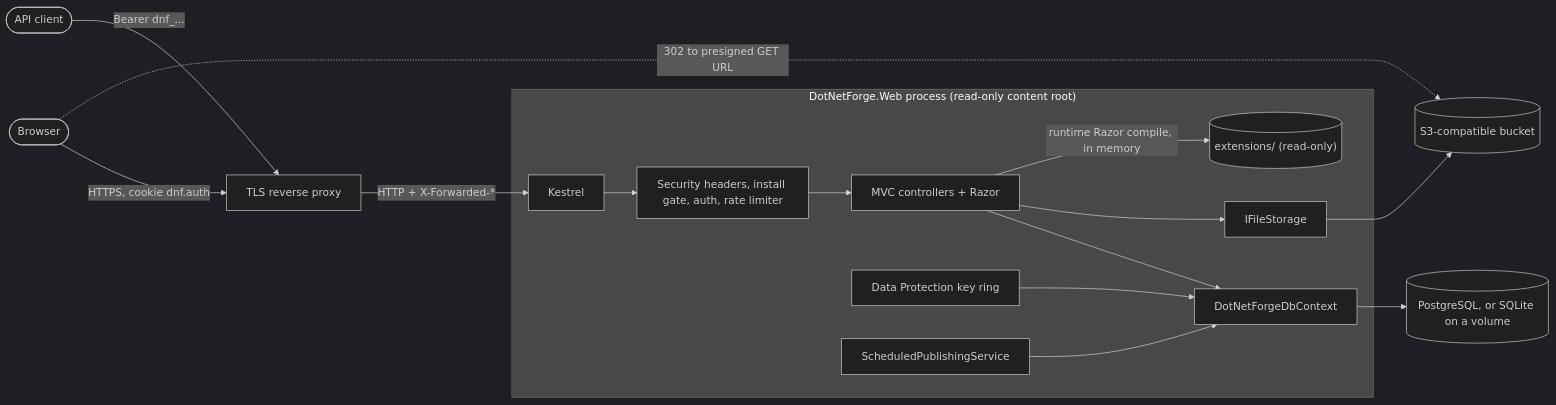
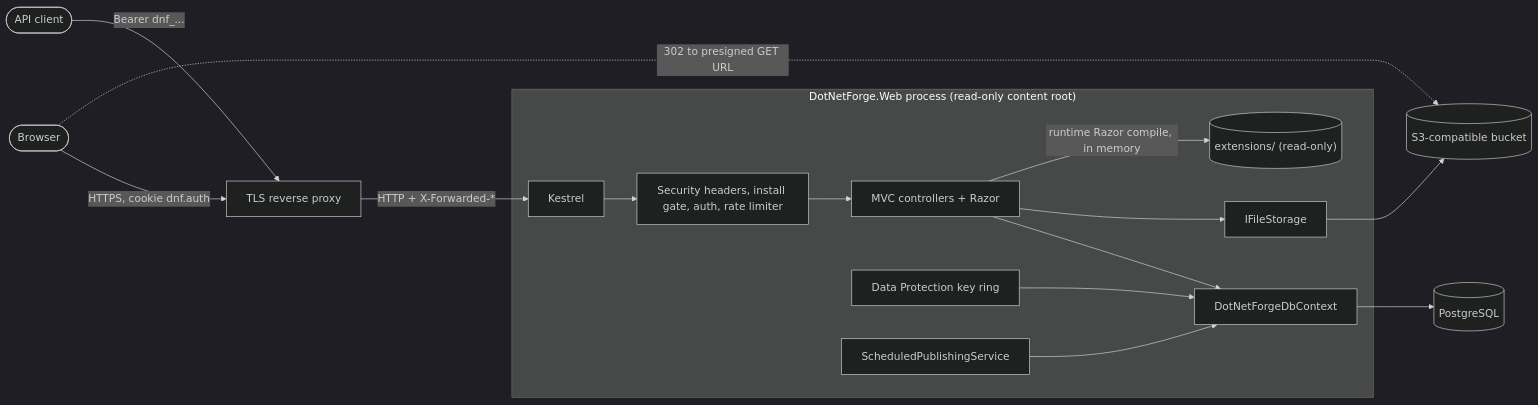
Before and after one commit to Albadit/DotNetForge: the second of 2 diagrams in .docs/architecture/codebase.md, drawn with Mermaid (dark theme). The commit also changed other lines of this file and 303 other files, not shown here.

````diff
--- a/.docs/architecture/codebase.md
+++ b/.docs/architecture/codebase.md
@@ -669,18 +676,18 @@
 ```mermaid
 flowchart LR
     Browser([Browser]) -- "HTTPS, cookie dnf.auth" --> Proxy["TLS reverse proxy"]
     Client([API client]) -- "Bearer dnf_..." --> Proxy
     Proxy -- "HTTP + X-Forwarded-*" --> Kestrel
     subgraph Process["DotNetForge.Web process (read-only content root)"]
         Kestrel --> Pipeline["Security headers, install gate, auth, rate limiter"]
         Pipeline --> MVC["MVC controllers + Razor"]
         MVC --> Ctx["DotNetForgeDbContext"]
         MVC --> Store["IFileStorage"]
         DP["Data Protection key ring"] --> Ctx
         Job["ScheduledPublishingService"] --> Ctx
         MVC -- "runtime Razor compile, in memory" --> ExtFiles[("extensions/ (read-only)")]
     end
-    Ctx --> DB[("PostgreSQL, or SQLite on a volume")]
+    Ctx --> DB[("PostgreSQL")]
     Store --> Obj[("S3-compatible bucket")]
     Browser -. "302 to presigned GET URL" .-> Obj
 ```
````
